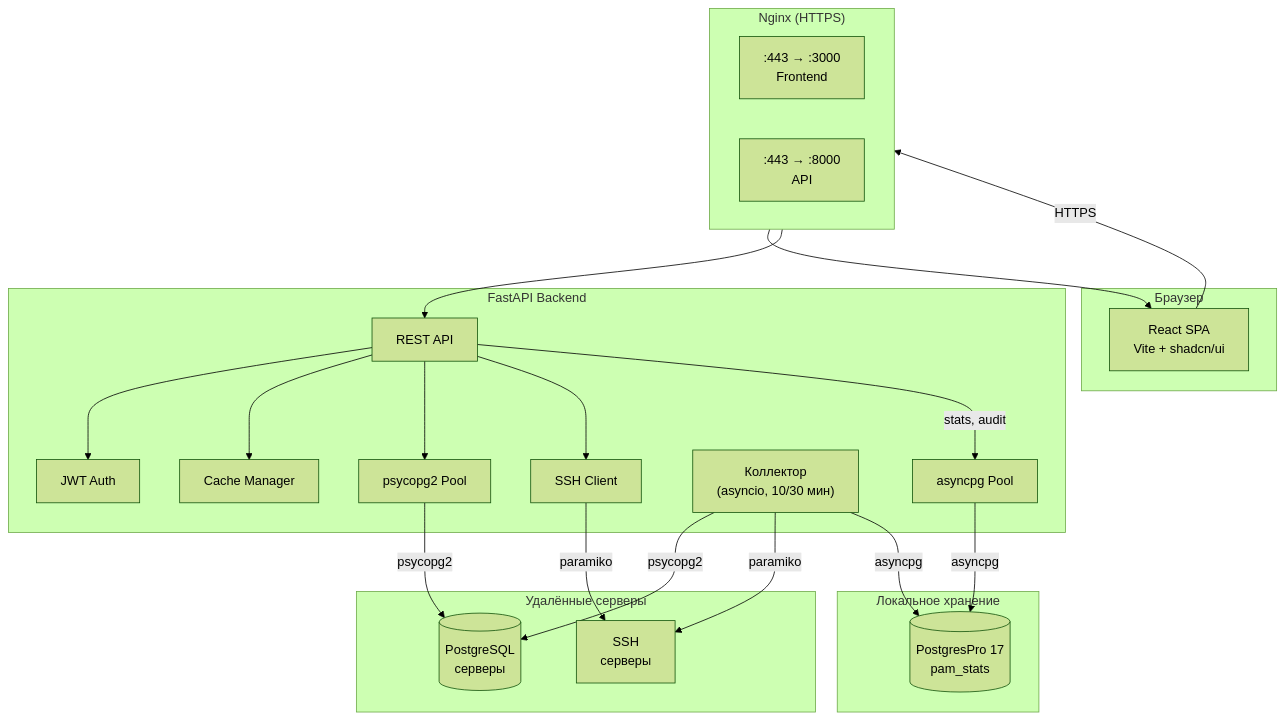
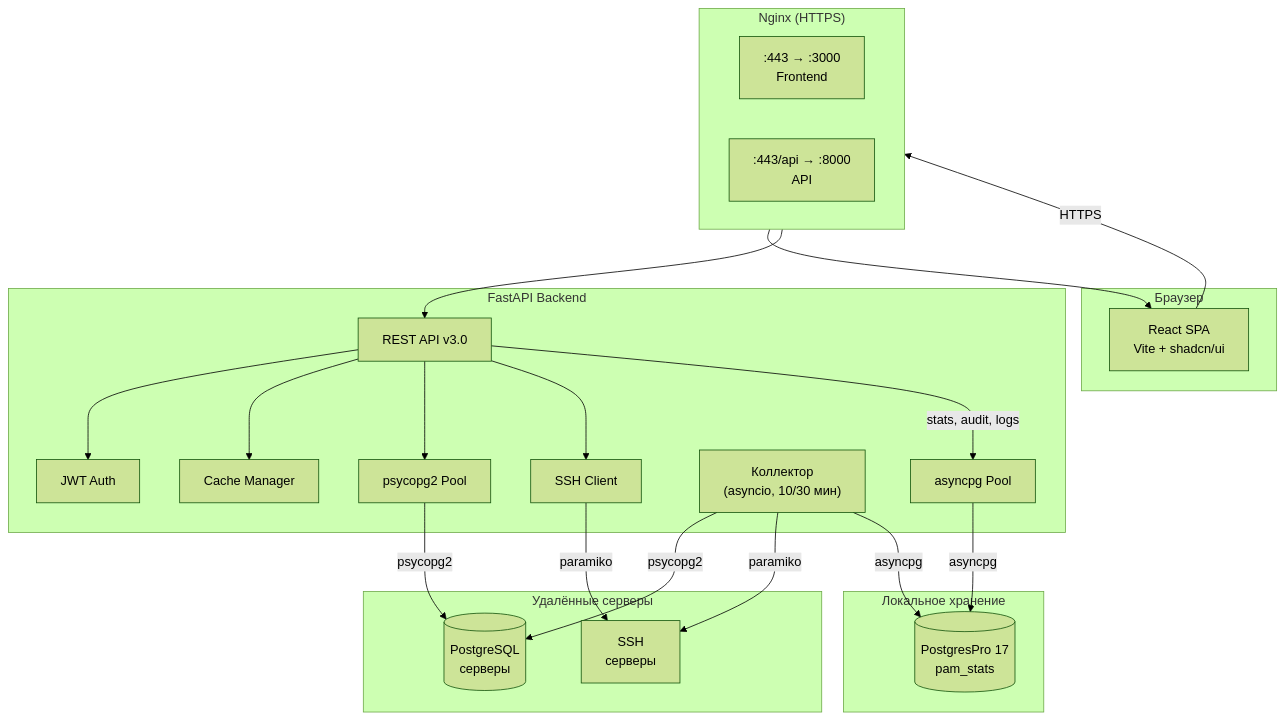
Before and after one commit to wobujidao/PostgreSQL-Activity-Monitor: the first of 3 diagrams in README.md, drawn with Mermaid (forest theme). The commit also changed other lines of this file and 3 other files, not shown here.

````diff
--- a/README.md
+++ b/README.md
@@ -45,46 +73,46 @@
 ```mermaid
 graph TB
     subgraph Client["Браузер"]
         SPA["React SPA<br/>Vite + shadcn/ui"]
     end
 
     subgraph Proxy["Nginx (HTTPS)"]
         direction LR
         NF[":443 → :3000<br/>Frontend"]
-        NB[":443 → :8000<br/>API"]
+        NB[":443/api → :8000<br/>API"]
     end
 
     subgraph Backend["FastAPI Backend"]
         Auth["JWT Auth"]
-        API["REST API"]
+        API["REST API v3.0"]
         Cache["Cache Manager"]
         Pool["psycopg2 Pool"]
         SSHClient["SSH Client"]
         Collector["Коллектор<br/>(asyncio, 10/30 мин)"]
         LocalPool["asyncpg Pool"]
     end
 
     subgraph Data["Удалённые серверы"]
         PG[("PostgreSQL<br/>серверы")]
         SSH["SSH<br/>серверы"]
     end
 
     subgraph Local["Локальное хранение"]
         LocalPG[("PostgresPro 17<br/>pam_stats")]
     end
 
     SPA -->|HTTPS| Proxy
     NF --> SPA
     NB --> API
     API --> Auth
     API --> Cache
     API --> Pool
     API --> SSHClient
-    API -->|stats, audit| LocalPool
+    API -->|stats, audit, logs| LocalPool
     Pool -->|psycopg2| PG
     SSHClient -->|paramiko| SSH
     Collector -->|psycopg2| PG
     Collector -->|paramiko| SSH
     Collector -->|asyncpg| LocalPG
     LocalPool -->|asyncpg| LocalPG
 ```
````
